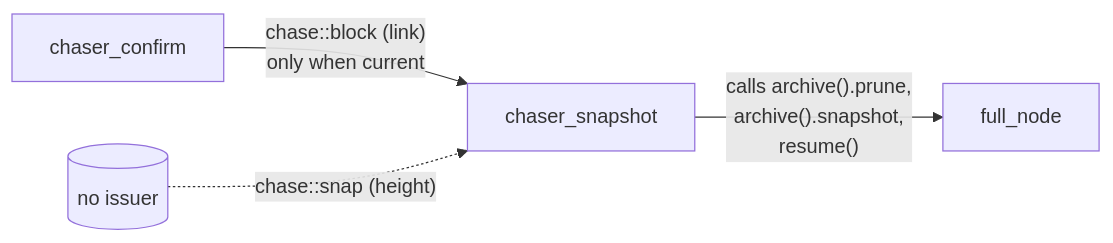
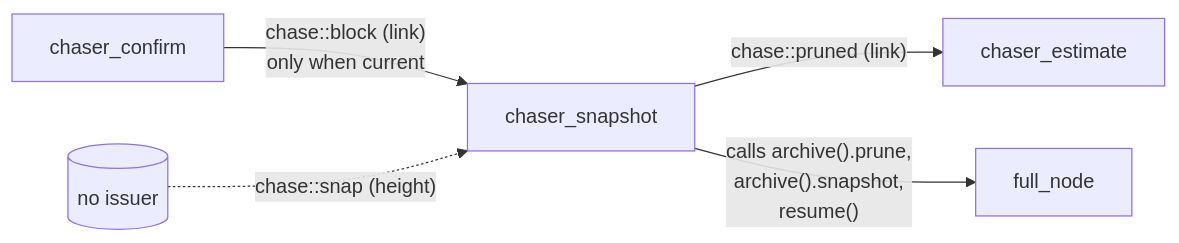
Before and after one commit to libbitcoin/libbitcoin.github.io: the first of 4 diagrams in architecture/md/12-periphery-chasers.md, drawn with Mermaid. The commit also changed other lines of this file and 31 other files, not shown here.

Commit message:
Add the node architecture pages.

````diff
--- a/architecture/md/12-periphery-chasers.md
+++ b/architecture/md/12-periphery-chasers.md
@@ -121,6 +95,7 @@
 ```mermaid
 flowchart LR
     CNF[chaser_confirm] -- "chase::block (link)\nonly when current" --> SNP[chaser_snapshot]
     DEAD[(no issuer)] -. "chase::snap (height)" .-> SNP
+    SNP -- "chase::pruned (link)" --> EST[chaser_estimate]
     SNP -- "calls archive().prune,\narchive().snapshot,\nresume()" --> NODE[full_node]
 ```
````
